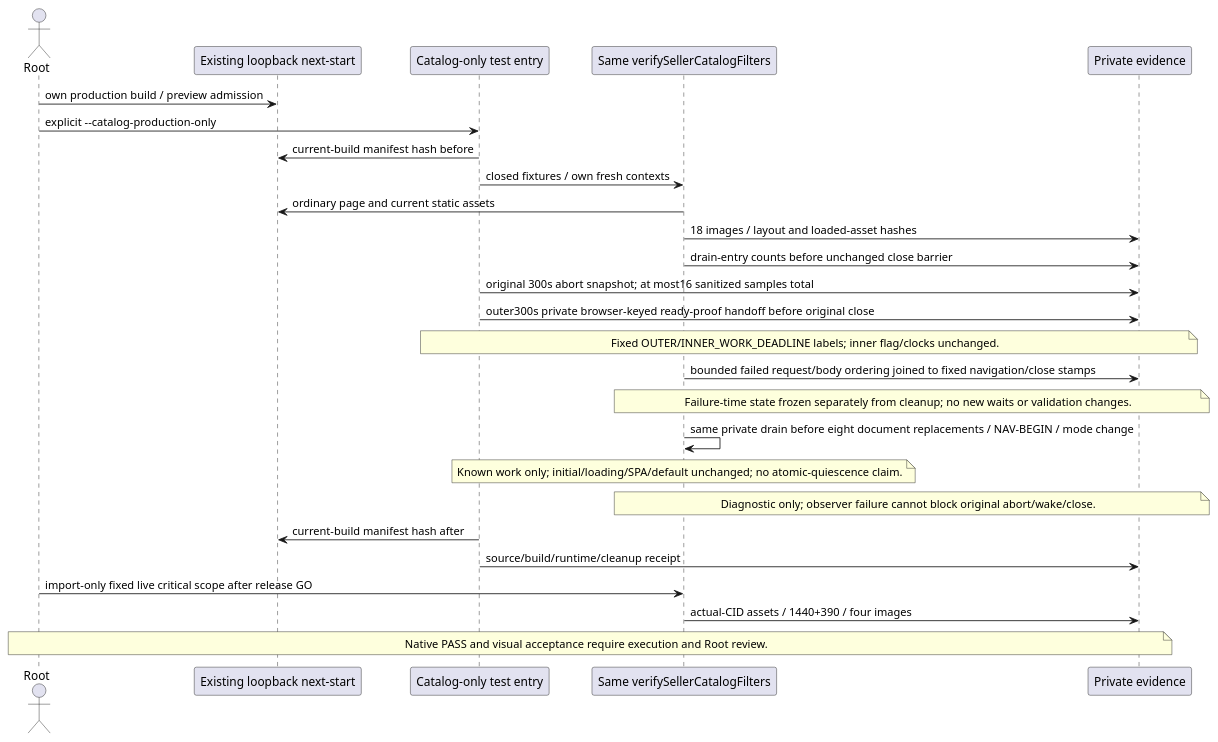
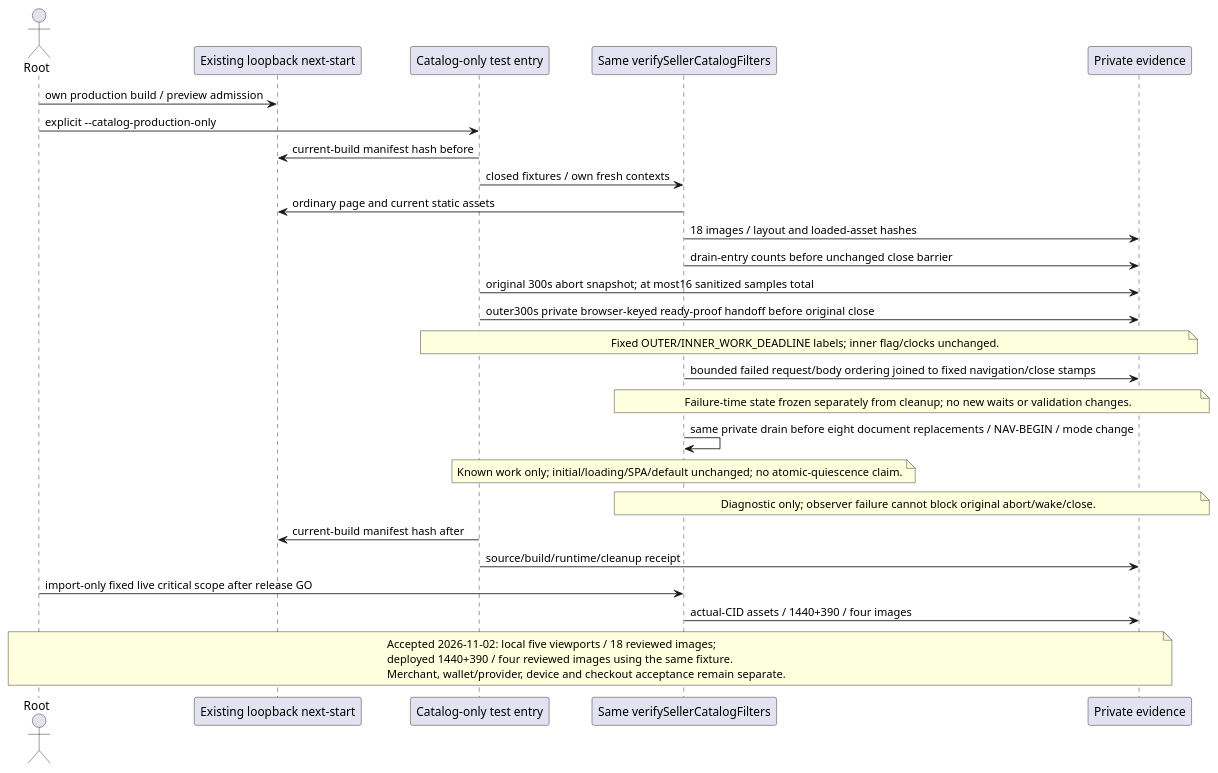
One commit to NeaBouli/inferno changed diagram 17 of 18 in docs/architecture/main-path.puml. Above: the diagram before and after it, drawn with PlantUML. The commit also changed 5 other files, not shown here.

```diff
--- a/docs/architecture/main-path.puml
+++ b/docs/architecture/main-path.puml
@@ -381,27 +381,31 @@
 @startuml catalog_production_qualification_419
 actor Root
 participant "Existing loopback next-start" as Renderer
 participant "Catalog-only test entry" as Mode
 participant "Same verifySellerCatalogFilters" as Catalog
 participant "Private evidence" as Evidence
 Root -> Renderer : own production build / preview admission
 Root -> Mode : explicit --catalog-production-only
 Mode -> Renderer : current-build manifest hash before
 Mode -> Catalog : closed fixtures / own fresh contexts
 Catalog -> Renderer : ordinary page and current static assets
 Catalog -> Evidence : 18 images / layout and loaded-asset hashes
 Catalog -> Evidence : drain-entry counts before unchanged close barrier
 Mode -> Evidence : original 300s abort snapshot; at most16 sanitized samples total
 Mode -> Evidence : outer300s private browser-keyed ready-proof handoff before original close
 note over Mode,Evidence : Fixed OUTER/INNER_WORK_DEADLINE labels; inner flag/clocks unchanged.
 Catalog -> Evidence : bounded failed request/body ordering joined to fixed navigation/close stamps
 note over Catalog,Evidence : Failure-time state frozen separately from cleanup; no new waits or validation changes.
 Catalog -> Catalog : same private drain before eight document replacements / NAV-BEGIN / mode change
 note over Catalog : Known work only; initial/loading/SPA/default unchanged; no atomic-quiescence claim.
 note over Catalog,Evidence : Diagnostic only; observer failure cannot block original abort/wake/close.
 Mode -> Renderer : current-build manifest hash after
 Mode -> Evidence : source/build/runtime/cleanup receipt
 Root -> Catalog : import-only fixed live critical scope after release GO
 Catalog -> Evidence : actual-CID assets / 1440+390 / four images
-note over Root,Evidence : Native PASS and visual acceptance require execution and Root review.
+note over Root,Evidence
+  Accepted 2026-11-02: local five viewports / 18 reviewed images;
+  deployed 1440+390 / four reviewed images using the same fixture.
+  Merchant, wallet/provider, device and checkout acceptance remain separate.
+end note
 @enduml
```
